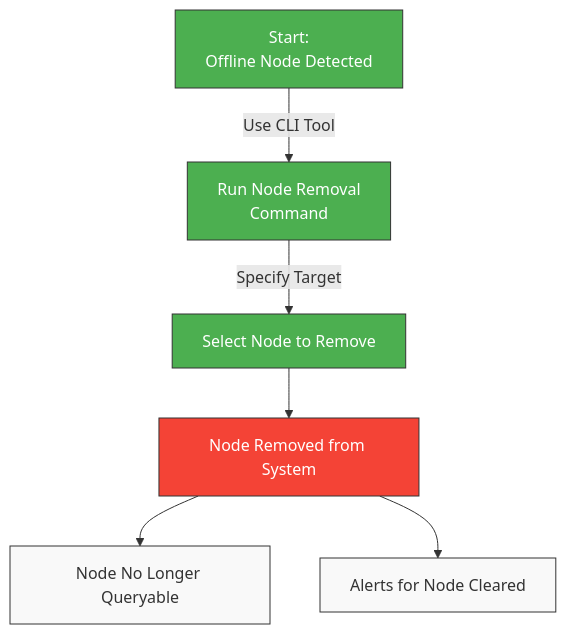
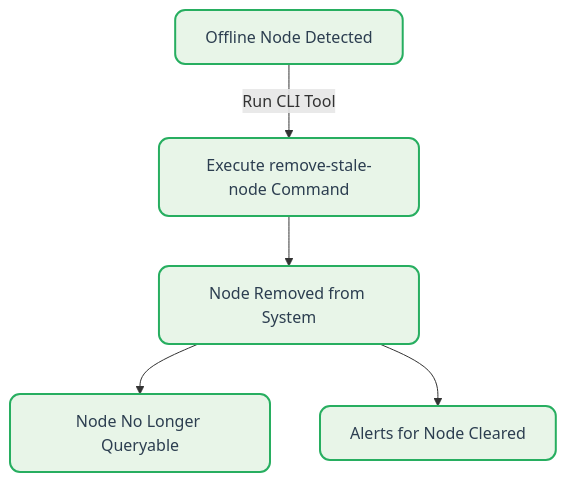
One commit to netdata/netdata changed the third of 4 diagrams in docs/nodes-ephemerality.md. Above: the diagram before and after it, drawn with Mermaid. The commit also changed other lines of this file and 7 other files, not shown here.

````diff
--- a/docs/nodes-ephemerality.md
+++ b/docs/nodes-ephemerality.md
@@ -105,15 +129,14 @@
 ```mermaid
 flowchart TD
-    A[Start:<br>Offline Node Detected] -->|Use CLI Tool| B[Run Node Removal<br> Command]
-    B -->|Specify Target| C[Select Node to Remove]
-    C --> D[Node Removed from System]
-    D --> E[Node No Longer Queryable]
-    D --> F[Alerts for Node Cleared]
-    
-    style A fill:#4caf50,stroke:#333,stroke-width:1px,color:white
-    style B fill:#4caf50,stroke:#333,stroke-width:1px,color:white
-    style C fill:#4caf50,stroke:#333,stroke-width:1px,color:white
-    style D fill:#f44336,stroke:#333,stroke-width:1px,color:white
-    style E fill:#f9f9f9,stroke:#333,stroke-width:1px,color:#333
-    style F fill:#f9f9f9,stroke:#333,stroke-width:1px,color:#333
+    A[Offline Node Detected] -->|Run CLI Tool| B[Execute remove-stale-node Command]
+    B --> C[Node Removed from System]
+    C --> D[Node No Longer Queryable]
+    C --> E[Alerts for Node Cleared]
+    classDef step fill: #e8f5e8, stroke: #27ae60, stroke-width: 2px, color: #2c3e50, rx: 10, ry: 10
+    classDef alert fill: #ffe8e8, stroke: #e74c3c, stroke-width: 2px, color: #2c3e50, rx: 10, ry: 10
+    class A step
+    class B step
+    class C step
+    class D step
+    class E step
 ```
````
